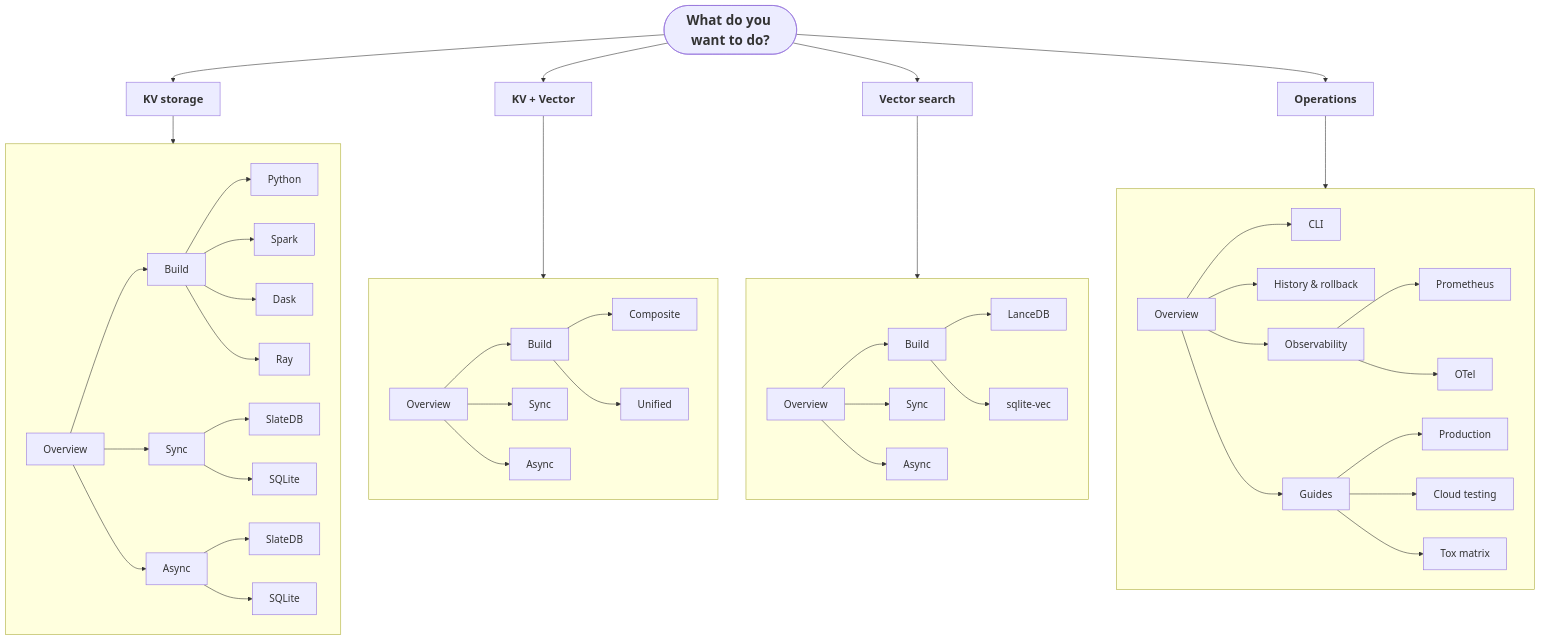
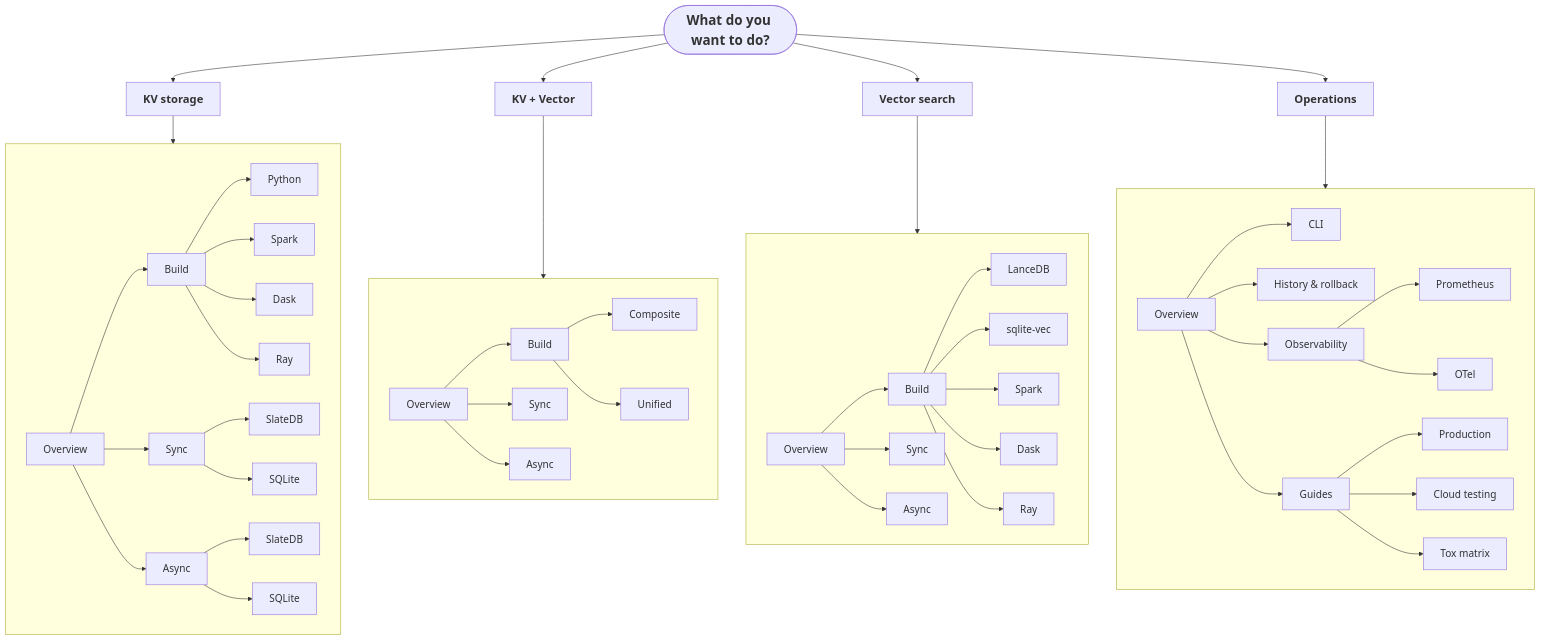
Before and after one commit to elkin/shardyfusion: the diagram in docs/index.md, drawn with Mermaid. The commit also changed 9 other files, not shown here.

First line of the commit message:
docs(vector): add Spark/Dask/Ray distributed vector writer pages

```diff
--- a/docs/index.md
+++ b/docs/index.md
@@ -104,12 +104,18 @@
     VEC_RD_AS[Async]
     VEC_LN[LanceDB]
     VEC_SV[sqlite-vec]
+    VEC_SP[Spark]
+    VEC_DK[Dask]
+    VEC_RY[Ray]
 
     VEC_OV --> VEC_BUILD
     VEC_OV --> VEC_RD_SY
     VEC_OV --> VEC_RD_AS
     VEC_BUILD --> VEC_LN
     VEC_BUILD --> VEC_SV
+    VEC_BUILD --> VEC_SP
+    VEC_BUILD --> VEC_DK
+    VEC_BUILD --> VEC_RY
   end
 
   subgraph op[" "]
@@ -156,6 +162,9 @@
   click VEC_OV href "use-cases/vector/overview/"
   click VEC_LN href "use-cases/vector/build/lancedb/"
   click VEC_SV href "use-cases/vector/build/sqlite-vec/"
+  click VEC_SP href "use-cases/vector/build/spark/"
+  click VEC_DK href "use-cases/vector/build/dask/"
+  click VEC_RY href "use-cases/vector/build/ray/"
   click VEC_RD_SY href "use-cases/vector/read/sync/"
   click VEC_RD_AS href "use-cases/vector/read/async/"
 
```
